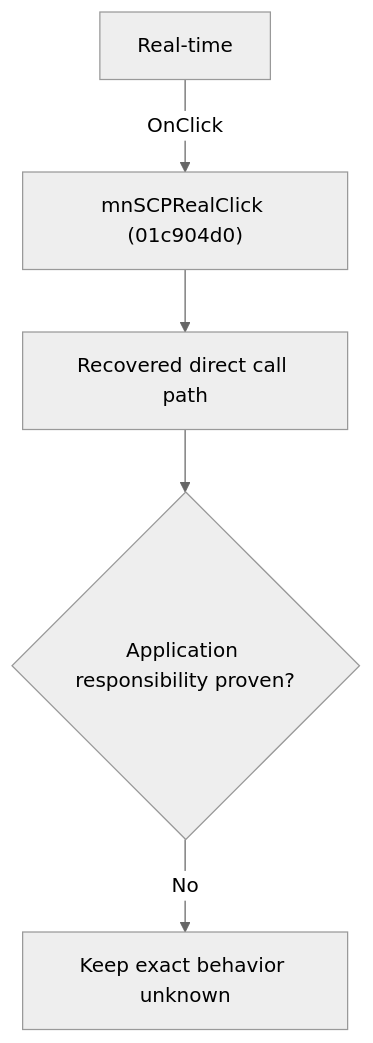
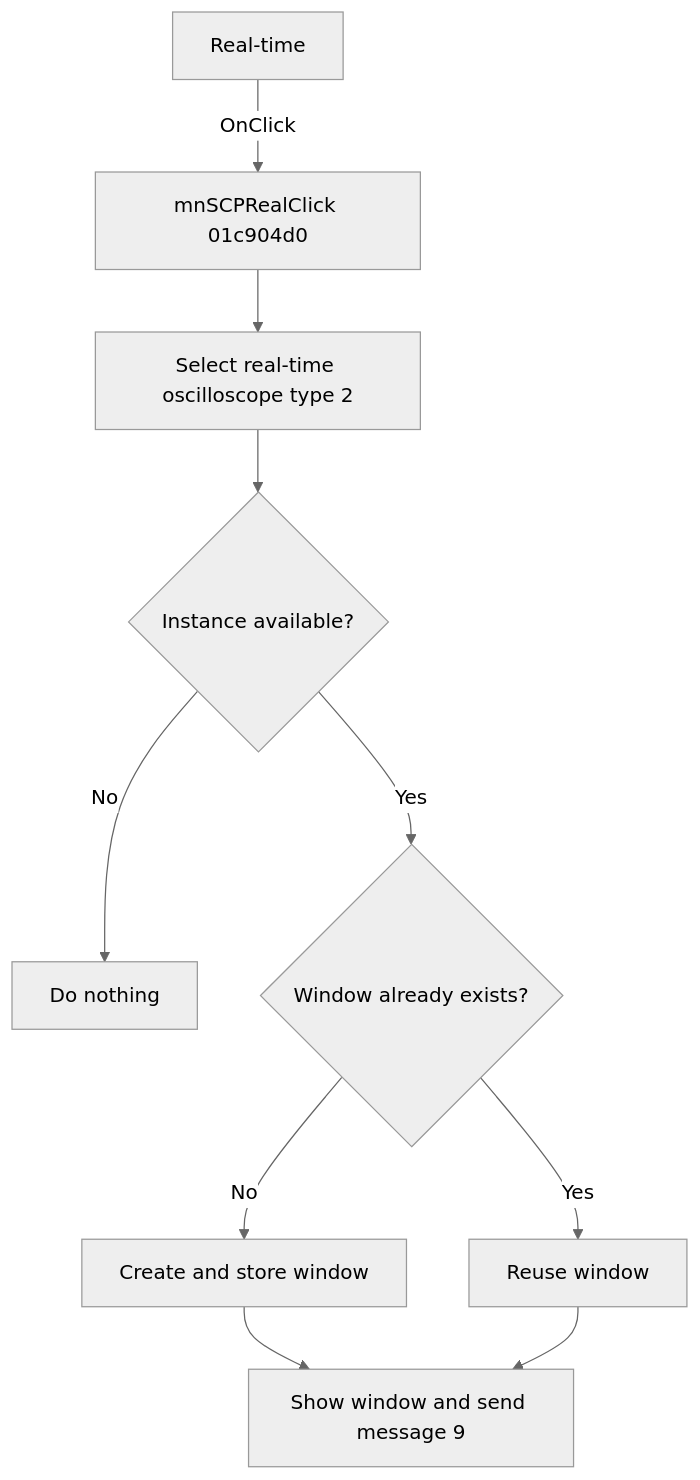
Before and after one commit to MovGP0/TIARA: the diagram in docs/ui-controls/schematiceditor/mnscpreal-690476dd80.md, drawn with Mermaid (neutral theme). The commit also changed other lines of this file and 241 other files, not shown here.

````diff
--- a/docs/ui-controls/schematiceditor/mnscpreal-690476dd80.md
+++ b/docs/ui-controls/schematiceditor/mnscpreal-690476dd80.md
@@ -27,7 +24,12 @@
 ```mermaid
 flowchart TD
-    control["Real-time"] -->|"OnClick"| handler["mnSCPRealClick (01c904d0)"]
-    handler --> recovered["Recovered direct call path"]
-    recovered --> gap{"Application responsibility proven?"}
-    gap -->|"No"| blocked["Keep exact behavior unknown"]
+    control["Real-time"] -->|"OnClick"| handler["mnSCPRealClick 01c904d0"]
+    handler --> coordinator["Select real-time oscilloscope type 2"]
+    coordinator --> available{"Instance available?"}
+    available -->|"No"| noOp["Do nothing"]
+    available -->|"Yes"| slot{"Window already exists?"}
+    slot -->|"No"| create["Create and store window"]
+    slot -->|"Yes"| reuse["Reuse window"]
+    create --> show["Show window and send message 9"]
+    reuse --> show
 ```
````
